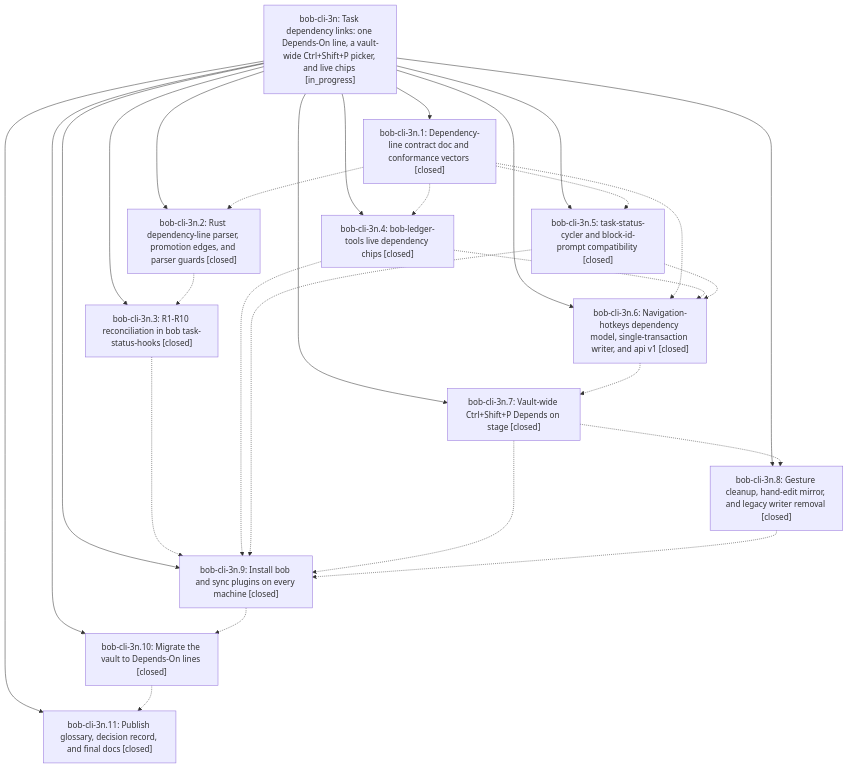
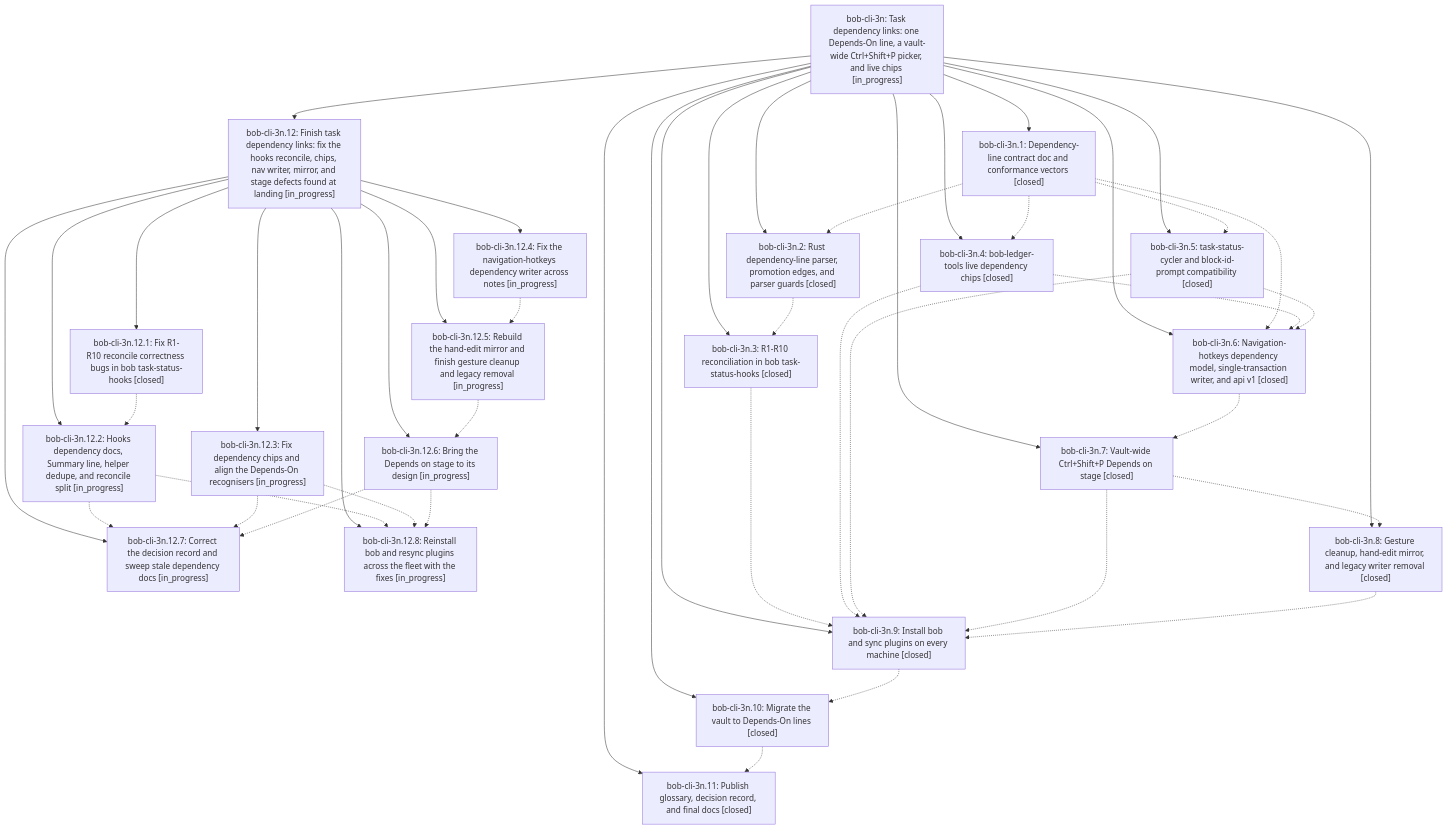
One commit to bobs-org/bob-cli--beads changed the diagram in pages/bob-cli-3n/README.md. Above: the diagram before and after it, drawn with Mermaid. The commit also changed other lines of this file and 15 other files, not shown here.

First line of the commit message:
chore(beads): sync bead state and pages for bob-cli-3n

````diff
--- a/pages/bob-cli-3n/README.md
+++ b/pages/bob-cli-3n/README.md
@@ -32,42 +40,69 @@
 ```mermaid
 flowchart TD
     n0["bob-cli-3n: Task dependency links: one Depends-On line, a vault-wide Ctrl+Shift+P picker, and live chips [in_progress]"]
     n1["bob-cli-3n.1: Dependency-line contract doc and conformance vectors [closed]"]
     n2["bob-cli-3n.10: Migrate the vault to Depends-On lines [closed]"]
     n3["bob-cli-3n.11: Publish glossary, decision record, and final docs [closed]"]
-    n4["bob-cli-3n.2: Rust dependency-line parser, promotion edges, and parser guards [closed]"]
-    n5["bob-cli-3n.3: R1-R10 reconciliation in bob task-status-hooks [closed]"]
-    n6["bob-cli-3n.4: bob-ledger-tools live dependency chips [closed]"]
-    n7["bob-cli-3n.5: task-status-cycler and block-id-prompt compatibility [closed]"]
-    n8["bob-cli-3n.6: Navigation-hotkeys dependency model, single-transaction writer, and api v1 [closed]"]
-    n9["bob-cli-3n.7: Vault-wide Ctrl+Shift+P Depends on stage [closed]"]
-    n10["bob-cli-3n.8: Gesture cleanup, hand-edit mirror, and legacy writer removal [closed]"]
-    n11["bob-cli-3n.9: Install bob and sync plugins on every machine [closed]"]
+    n4["bob-cli-3n.12: Finish task dependency links: fix the hooks reconcile, chips, nav writer, mirror, and stage defects found at landing [in_progress]"]
+    n5["bob-cli-3n.12.1: Fix R1-R10 reconcile correctness bugs in bob task-status-hooks [closed]"]
+    n6["bob-cli-3n.12.2: Hooks dependency docs, Summary line, helper dedupe, and reconcile split [in_progress]"]
+    n7["bob-cli-3n.12.3: Fix dependency chips and align the Depends-On recognisers [in_progress]"]
+    n8["bob-cli-3n.12.4: Fix the navigation-hotkeys dependency writer across notes [in_progress]"]
+    n9["bob-cli-3n.12.5: Rebuild the hand-edit mirror and finish gesture cleanup and legacy removal [in_progress]"]
+    n10["bob-cli-3n.12.6: Bring the Depends on stage to its design [in_progress]"]
+    n11["bob-cli-3n.12.7: Correct the decision record and sweep stale dependency docs [in_progress]"]
+    n12["bob-cli-3n.12.8: Reinstall bob and resync plugins across the fleet with the fixes [in_progress]"]
+    n13["bob-cli-3n.2: Rust dependency-line parser, promotion edges, and parser guards [closed]"]
+    n14["bob-cli-3n.3: R1-R10 reconciliation in bob task-status-hooks [closed]"]
+    n15["bob-cli-3n.4: bob-ledger-tools live dependency chips [closed]"]
+    n16["bob-cli-3n.5: task-status-cycler and block-id-prompt compatibility [closed]"]
+    n17["bob-cli-3n.6: Navigation-hotkeys dependency model, single-transaction writer, and api v1 [closed]"]
+    n18["bob-cli-3n.7: Vault-wide Ctrl+Shift+P Depends on stage [closed]"]
+    n19["bob-cli-3n.8: Gesture cleanup, hand-edit mirror, and legacy writer removal [closed]"]
+    n20["bob-cli-3n.9: Install bob and sync plugins on every machine [closed]"]
     n0 --> n1
     n0 --> n2
     n0 --> n3
     n0 --> n4
-    n0 --> n5
-    n0 --> n6
-    n0 --> n7
-    n0 --> n8
-    n0 --> n9
-    n0 --> n10
-    n0 --> n11
-    n1 -.-> n4
-    n1 -.-> n6
-    n1 -.-> n7
-    n1 -.-> n8
+    n4 --> n5
+    n4 --> n6
+    n4 --> n7
+    n4 --> n8
+    n4 --> n9
+    n4 --> n10
+    n4 --> n11
+    n4 --> n12
+    n0 --> n13
+    n0 --> n14
+    n0 --> n15
+    n0 --> n16
+    n0 --> n17
+    n0 --> n18
+    n0 --> n19
+    n0 --> n20
+    n1 -.-> n13
+    n1 -.-> n15
+    n1 -.-> n16
+    n1 -.-> n17
     n2 -.-> n3
-    n4 -.-> n5
-    n5 -.-> n11
-    n6 -.-> n8
+    n5 -.-> n6
     n6 -.-> n11
-    n7 -.-> n8
+    n6 -.-> n12
     n7 -.-> n11
+    n7 -.-> n12
     n8 -.-> n9
     n9 -.-> n10
-    n9 -.-> n11
     n10 -.-> n11
-    n11 -.-> n2
+    n10 -.-> n12
+    n13 -.-> n14
+    n14 -.-> n20
+    n15 -.-> n17
+    n15 -.-> n20
+    n16 -.-> n17
+    n16 -.-> n20
+    n17 -.-> n18
+    n18 -.-> n19
+    n18 -.-> n20
+    n19 -.-> n20
+    n20 -.-> n2
 ```
````
